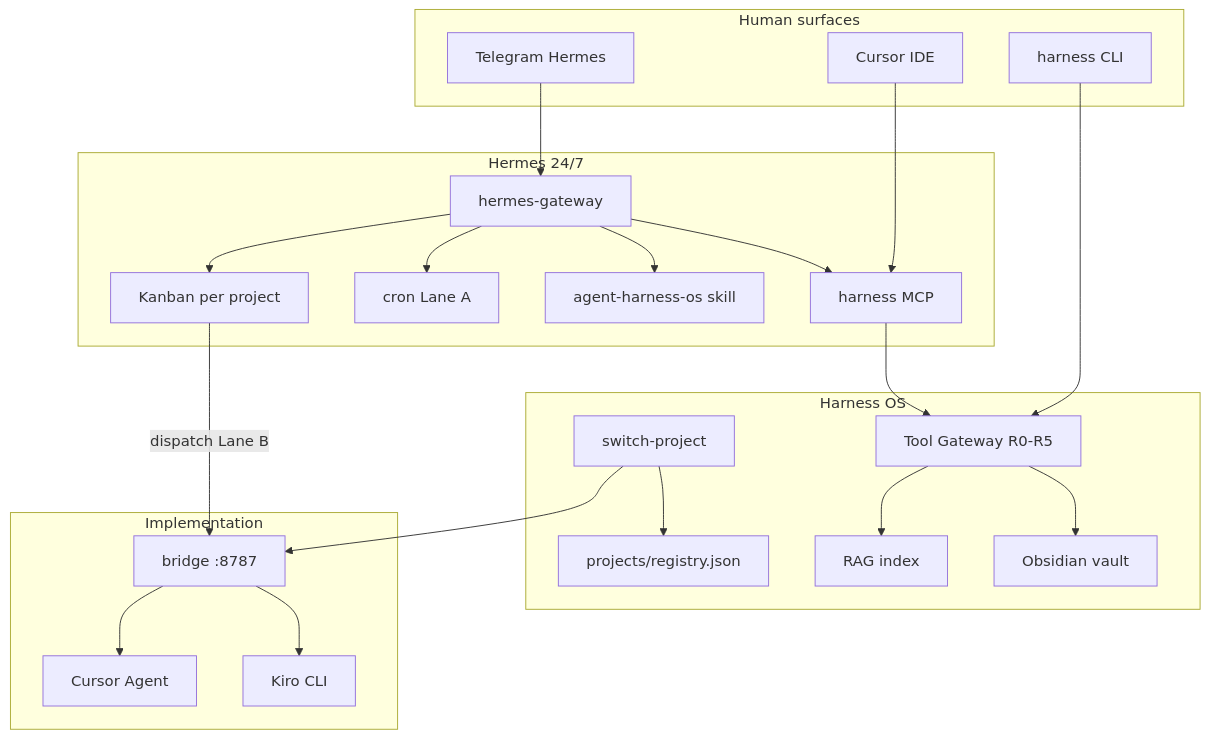
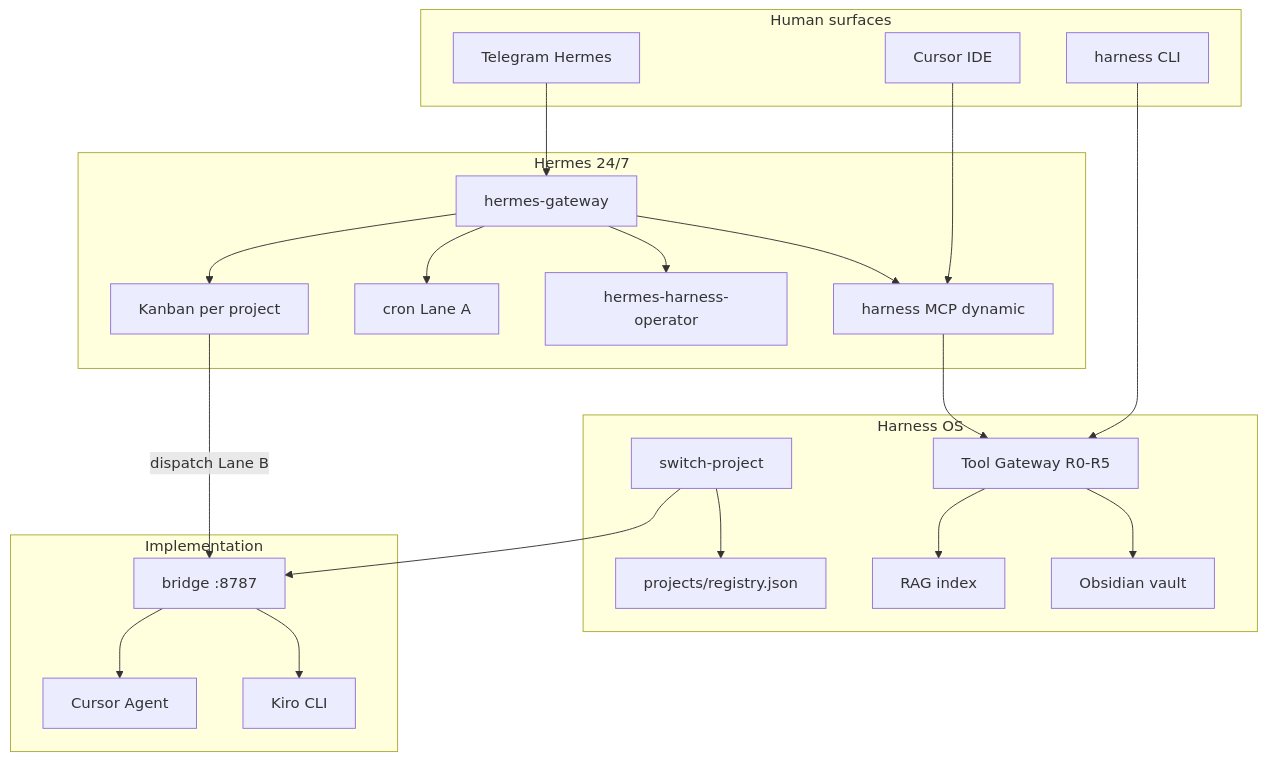
Before and after one commit to mAsyamJ/set-up: the diagram in README.md, drawn with Mermaid. The commit also changed other lines of this file and 28 other files, not shown here.

Commit message:
Initial commit: agent harness setup

````diff
--- a/README.md
+++ b/README.md
@@ -23,42 +31,42 @@
 ```mermaid
 flowchart TB
   subgraph human [Human surfaces]
     TG[Telegram Hermes]
     IDE[Cursor IDE]
     CLI[harness CLI]
   end
   subgraph hermes [Hermes 24/7]
     GW[hermes-gateway]
     KB[Kanban per project]
     CRON[cron Lane A]
-    SKILLS[agent-harness-os skill]
-    HMCP[harness MCP]
+    SKILLS[hermes-harness-operator]
+    HMCP[harness MCP dynamic]
   end
   subgraph harness [Harness OS]
     REG[projects/registry.json]
     SW[switch-project]
     GW2[Tool Gateway R0-R5]
     RAG[RAG index]
     OBS[Obsidian vault]
   end
   subgraph workers [Implementation]
     BR[bridge :8787]
     CUR[Cursor Agent]
     KIR[Kiro CLI]
   end
   TG --> GW
   IDE --> HMCP
   CLI --> GW2
   GW --> SKILLS
   GW --> HMCP
   GW --> KB
   GW --> CRON
   HMCP --> GW2
   SW --> REG
   SW --> BR
   KB -->|"dispatch Lane B"| BR
   BR --> CUR
   BR --> KIR
   GW2 --> RAG
   GW2 --> OBS
 ```
````
